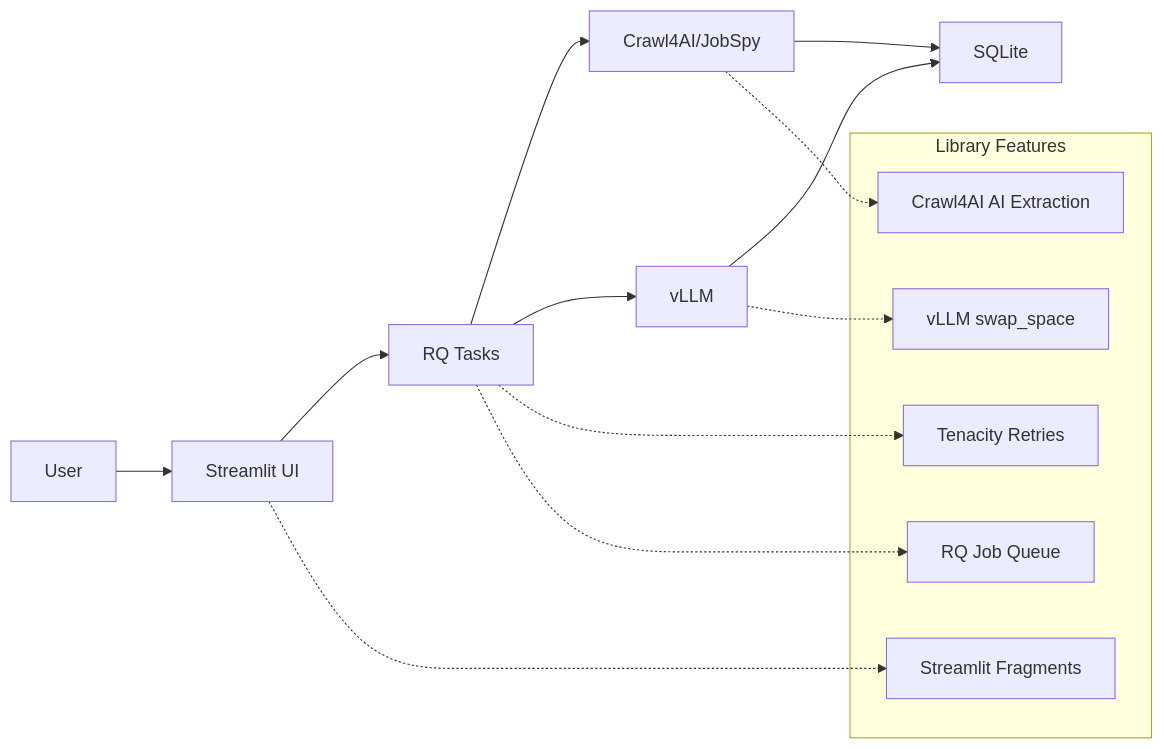
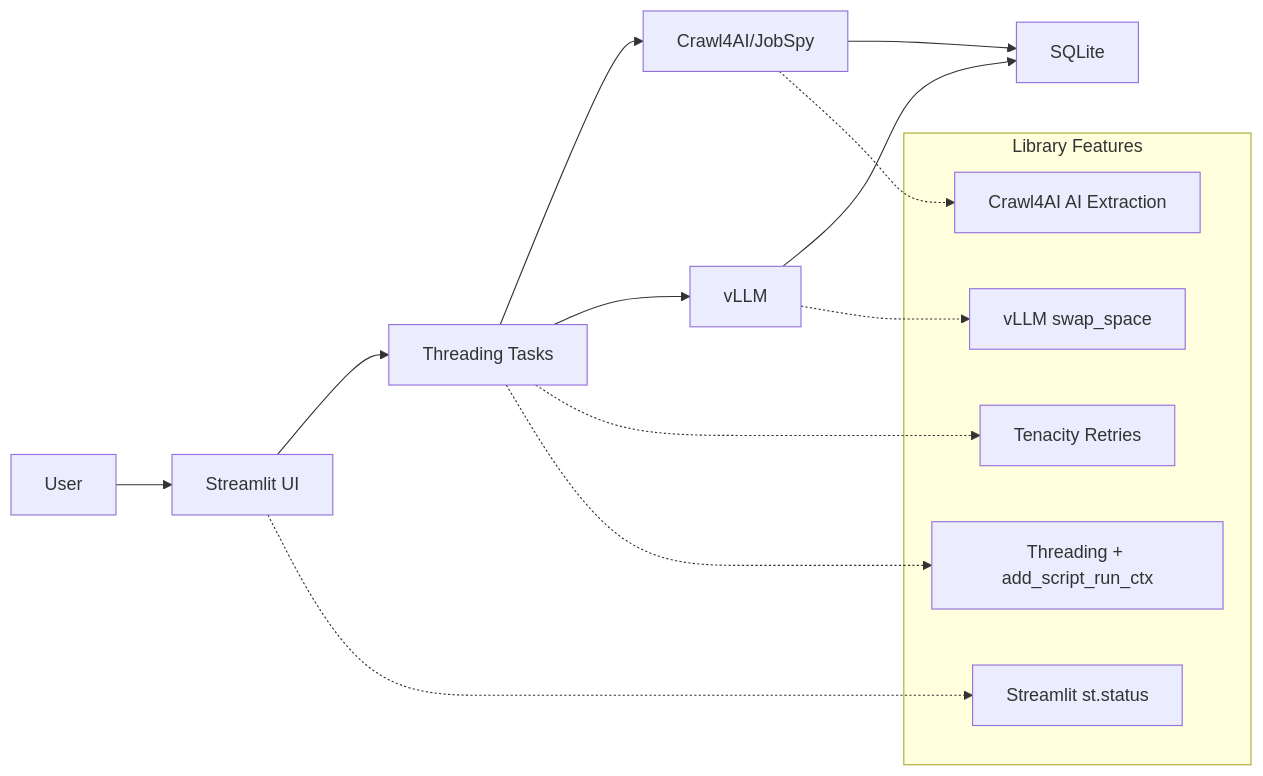
The diagram in docs/adrs/ADR-001-library-first-architecture.md (BjornMelin/ai-job-scraper), drawn with Mermaid before and after one commit. The commit also changed other lines of this file and 10 other files, not shown here.

First line of the commit message:
docs: complete comprehensive adr integration and finalize architecture

````diff
--- a/docs/adrs/ADR-001-library-first-architecture.md
+++ b/docs/adrs/ADR-001-library-first-architecture.md
@@ -146,23 +146,23 @@
 ```mermaid
 graph LR
     A[User] --> B[Streamlit UI]
-    B --> C[RQ Tasks]
+    B --> C[Threading Tasks]
     C --> D[Crawl4AI/JobSpy]
     C --> E[vLLM]
     E --> F[SQLite]
     D --> F
     
     subgraph "Library Features"
         G[vLLM swap_space]
-        H[Streamlit Fragments]
+        H[Streamlit st.status]
         I[Tenacity Retries]
-        J[RQ Job Queue]
+        J[Threading + add_script_run_ctx]
         K[Crawl4AI AI Extraction]
     end
     
     E -.-> G
     B -.-> H
     C -.-> I
     C -.-> J
     D -.-> K
 ```
````
